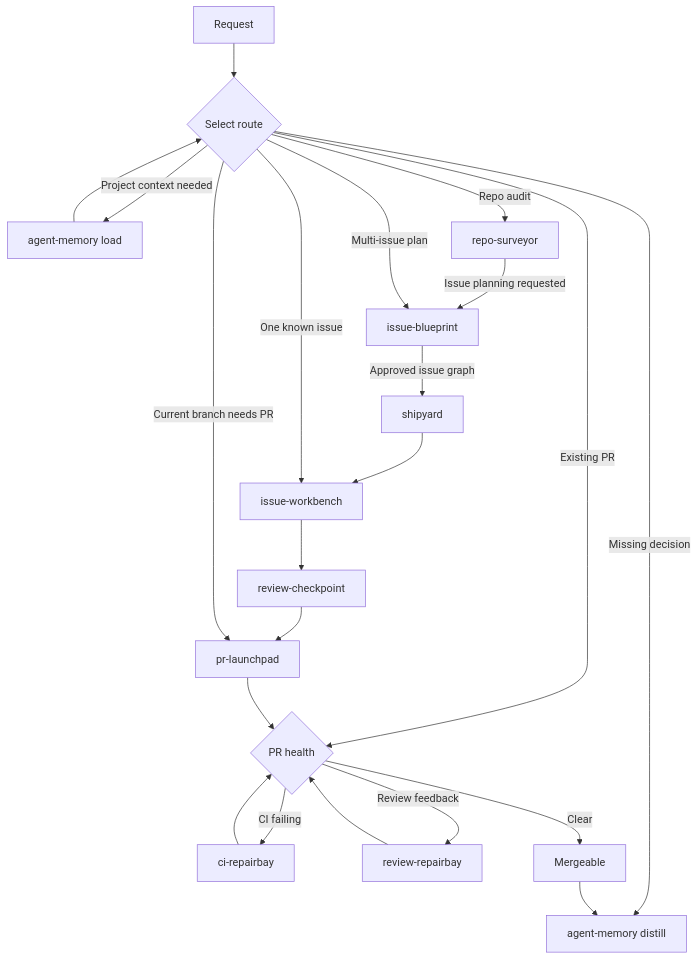
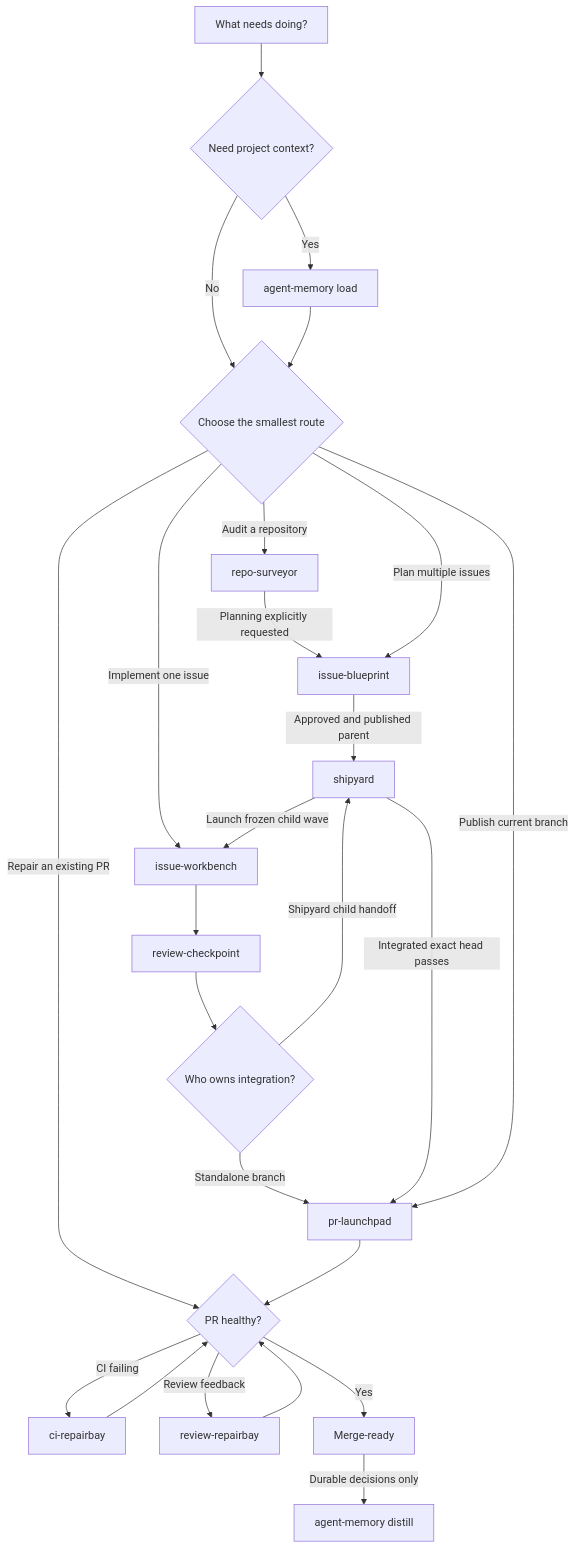
One commit to HenryQW/skills changed the diagram in README.md. Above: the diagram before and after it, drawn with Mermaid. The commit also changed other lines of this file and 14 other files, not shown here.

````diff
--- a/README.md
+++ b/README.md
@@ -18,24 +22,27 @@
 ```mermaid
 flowchart TD
-  request["Request"] --> route{"Select route"}
-  route -->|Project context needed| load["agent-memory load"]
+  request["What needs doing?"] --> context{"Need project context?"}
+  context -->|Yes| load["agent-memory load"]
+  context -->|No| route{"Choose the smallest route"}
   load --> route
-  route -->|Repo audit| survey["repo-surveyor"]
-  survey -->|Issue planning requested| blueprint["issue-blueprint"]
-  route -->|Multi-issue plan| blueprint
-  blueprint -->|Approved issue graph| shipyard["shipyard"]
-  shipyard --> workbench["issue-workbench"]
-  route -->|One known issue| workbench
+  route -->|Audit a repository| survey["repo-surveyor"]
+  survey -->|Planning explicitly requested| blueprint["issue-blueprint"]
+  route -->|Plan multiple issues| blueprint
+  blueprint -->|Approved and published parent| shipyard["shipyard"]
+  route -->|Implement one issue| workbench["issue-workbench"]
+  shipyard -->|Launch frozen child wave| workbench
   workbench --> checkpoint["review-checkpoint"]
-  checkpoint --> launch["pr-launchpad"]
-  route -->|Current branch needs PR| launch
-  route -->|Existing PR| health{"PR health"}
+  checkpoint --> owner{"Who owns integration?"}
+  owner -->|Standalone branch| launch["pr-launchpad"]
+  owner -->|Shipyard child handoff| shipyard
+  shipyard -->|Integrated exact head passes| launch
+  route -->|Publish current branch| launch
+  route -->|Repair an existing PR| health
   launch --> health
-  health -->|CI failing| ci["ci-repairbay"]
+  health{"PR healthy?"} -->|CI failing| ci["ci-repairbay"]
   ci --> health
   health -->|Review feedback| repair["review-repairbay"]
   repair --> health
-  health -->|Clear| done["Mergeable"]
-  route -->|Missing decision| distill["agent-memory distill"]
-  done --> distill
+  health -->|Yes| done["Merge-ready"]
+  done -->|Durable decisions only| distill["agent-memory distill"]
 ```
````
